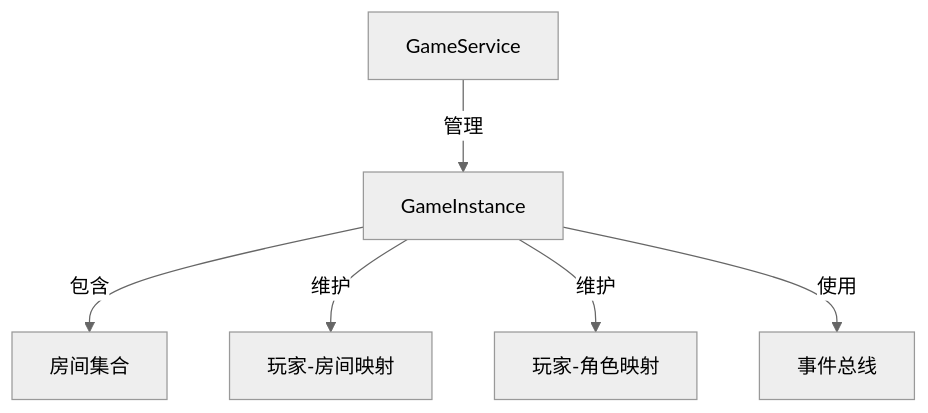
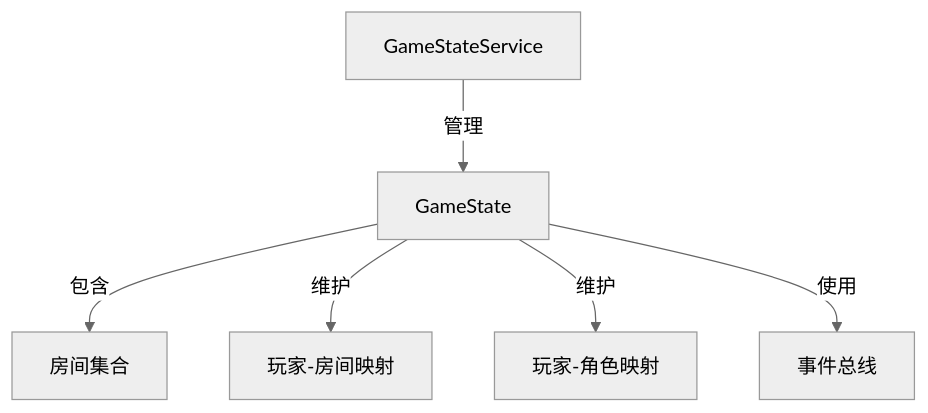
One commit to crossagent/paotuan changed the second of 7 diagrams in docs/架构.md. Above: the diagram before and after it, drawn with Mermaid (neutral theme). The commit also changed other lines of this file and 6 other files, not shown here.

````diff
--- a/docs/架构.md
+++ b/docs/架构.md
@@ -110,8 +110,8 @@
 ```mermaid
 graph TD
-    GameService --> |管理| GameInstance
-    GameInstance --> |包含| Rooms[房间集合]
-    GameInstance --> |维护| PlayerRoomMap[玩家-房间映射]
-    GameInstance --> |维护| PlayerCharacterMap[玩家-角色映射]
-    GameInstance --> |使用| EventBus[事件总线]
+    GameStateService --> |管理| GameState
+    GameState --> |包含| Rooms[房间集合]
+    GameState --> |维护| PlayerRoomMap[玩家-房间映射]
+    GameState --> |维护| PlayerCharacterMap[玩家-角色映射]
+    GameState --> |使用| EventBus[事件总线]
 ```
````
